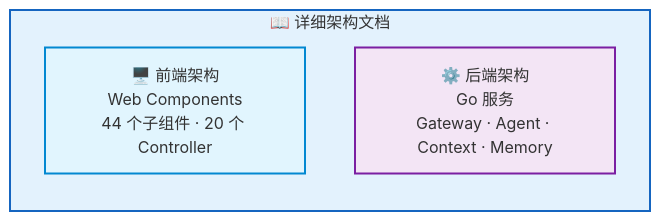
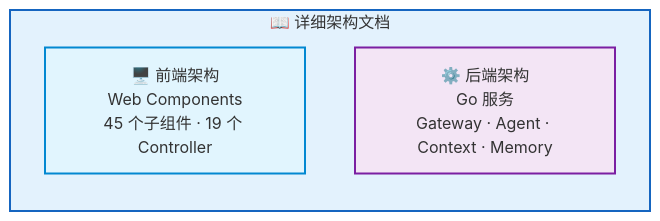
Before and after one commit to rtc-agent/docs: the third of 3 diagrams in src/content/docs/architecture/index.md, drawn with Mermaid. The commit also changed 9 other files, not shown here.

````diff
--- a/src/content/docs/architecture/index.md
+++ b/src/content/docs/architecture/index.md
@@ -123,12 +123,12 @@
 ```mermaid
 flowchart LR
     subgraph PAGES["📖 详细架构文档"]
         direction TB
-        FE_PAGE["🖥️ 前端架构<br/>Web Components<br/>44 个子组件 · 20 个 Controller"]
+        FE_PAGE["🖥️ 前端架构<br/>Web Components<br/>45 个子组件 · 19 个 Controller"]
         BE_PAGE["⚙️ 后端架构<br/>Go 服务<br/>Gateway · Agent · Context · Memory"]
     end
 
     style PAGES fill:#e3f2fd,stroke:#1565c0,stroke-width:2px
     style FE_PAGE fill:#e1f5fe,stroke:#0288d1,stroke-width:2px
     style BE_PAGE fill:#f3e5f5,stroke:#7b1fa2,stroke-width:2px
 ```
````
